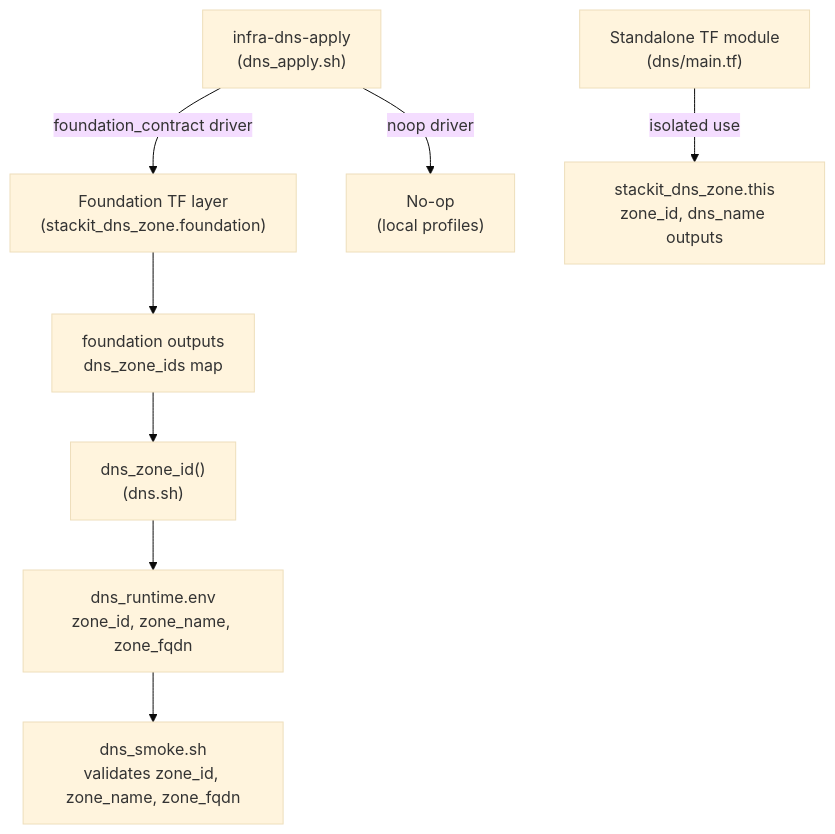
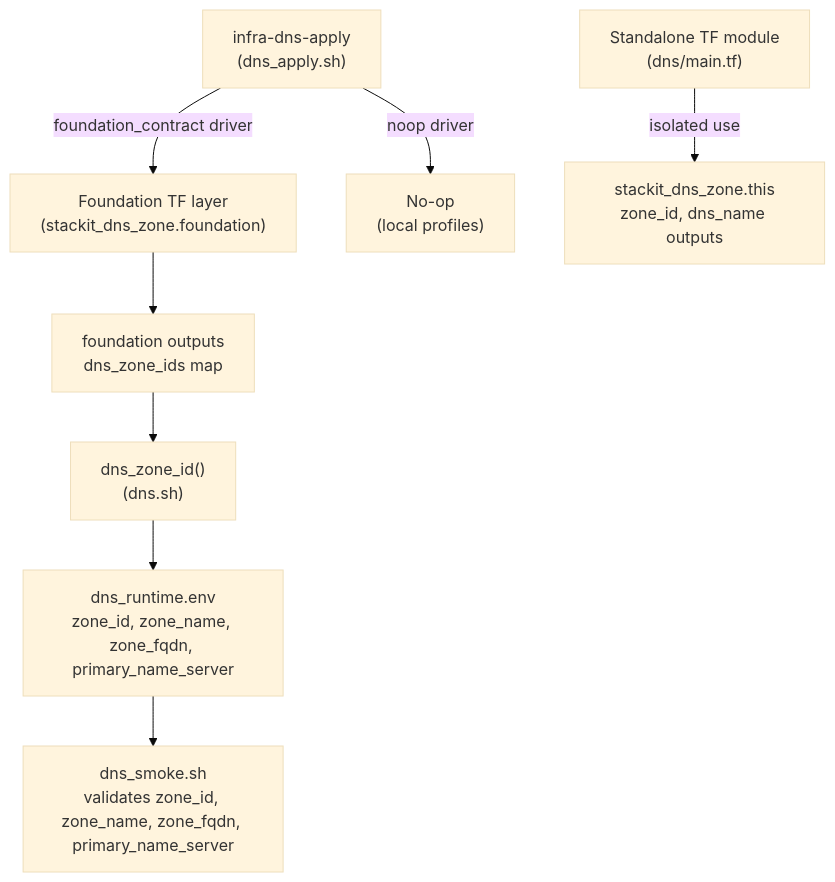
Before and after one commit to sbonoc/stackit-platform-blueprint: the diagram in specs/2026-05-17-issue-248-dns-module/architecture.md, drawn with Mermaid (base theme). The commit also changed other lines of this file and 5 other files, not shown here.

````diff
--- a/specs/2026-05-17-issue-248-dns-module/architecture.md
+++ b/specs/2026-05-17-issue-248-dns-module/architecture.md
@@ -27,10 +27,10 @@
 ```mermaid
 flowchart TD
     A["infra-dns-apply\n(dns_apply.sh)"] -->|foundation_contract driver| B["Foundation TF layer\n(stackit_dns_zone.foundation)"]
     A -->|noop driver| C["No-op\n(local profiles)"]
     B --> D["foundation outputs\ndns_zone_ids map"]
     D --> E["dns_zone_id()\n(dns.sh)"]
-    E --> F["dns_runtime.env\nzone_id, zone_name, zone_fqdn"]
-    F --> G["dns_smoke.sh\nvalidates zone_id, zone_name, zone_fqdn"]
+    E --> F["dns_runtime.env\nzone_id, zone_name, zone_fqdn, primary_name_server"]
+    F --> G["dns_smoke.sh\nvalidates zone_id, zone_name, zone_fqdn, primary_name_server"]
     H["Standalone TF module\n(dns/main.tf)"] -->|isolated use| I["stackit_dns_zone.this\nzone_id, dns_name outputs"]
 ```
````
